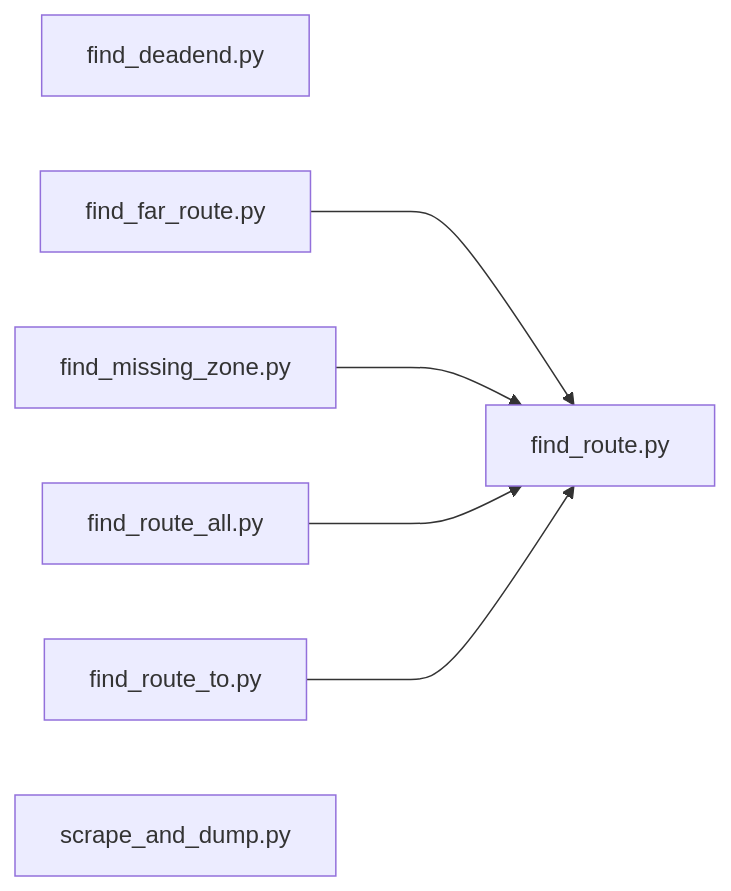
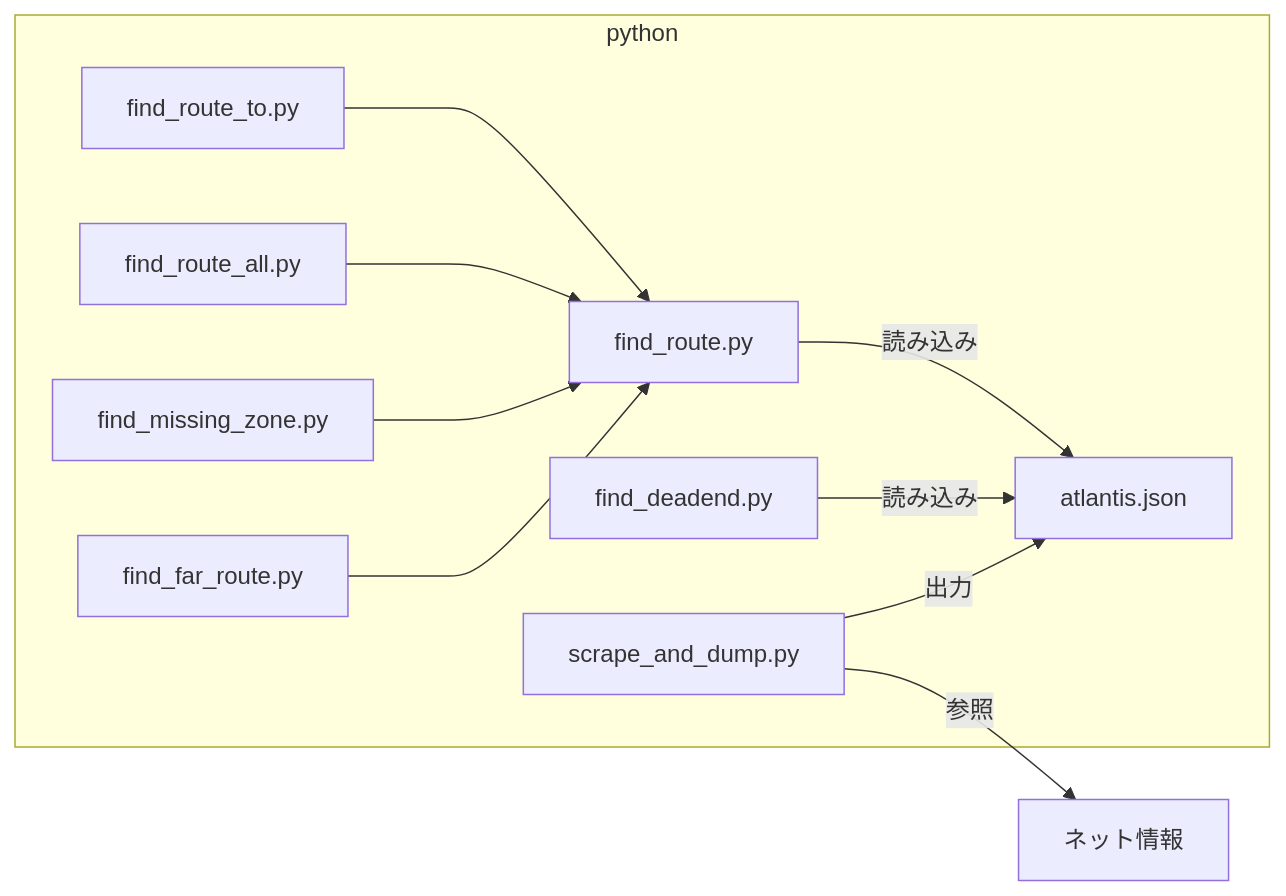
Before and after one commit to iariro/Atlantis: the diagram in README.md, drawn with Mermaid. The commit also changed other lines of this file, not shown here.

````diff
--- a/README.md
+++ b/README.md
@@ -1,10 +6,13 @@
 ```mermaid
 graph LR
-	find_deadend[find_deadend.py]
+	subgraph python
+	scrape_and_dump[scrape_and_dump.py] -- 出力 --> json[atlantis.json]
+	find_deadend[find_deadend.py] -- 読み込み --> json
 	find_far_route[find_far_route.py] ---> find_route
 	find_missing_zone[find_missing_zone.py] ---> find_route
-	find_route[find_route.py]
+	find_route[find_route.py] -- 読み込み --> json
 	find_route_all[find_route_all.py] ---> find_route
 	find_route_to[find_route_to.py] ---> find_route
-	scrape_and_dump[scrape_and_dump.py]
+	end
+	scrape_and_dump -- 参照 --> net[ネット情報]
 ```
````
